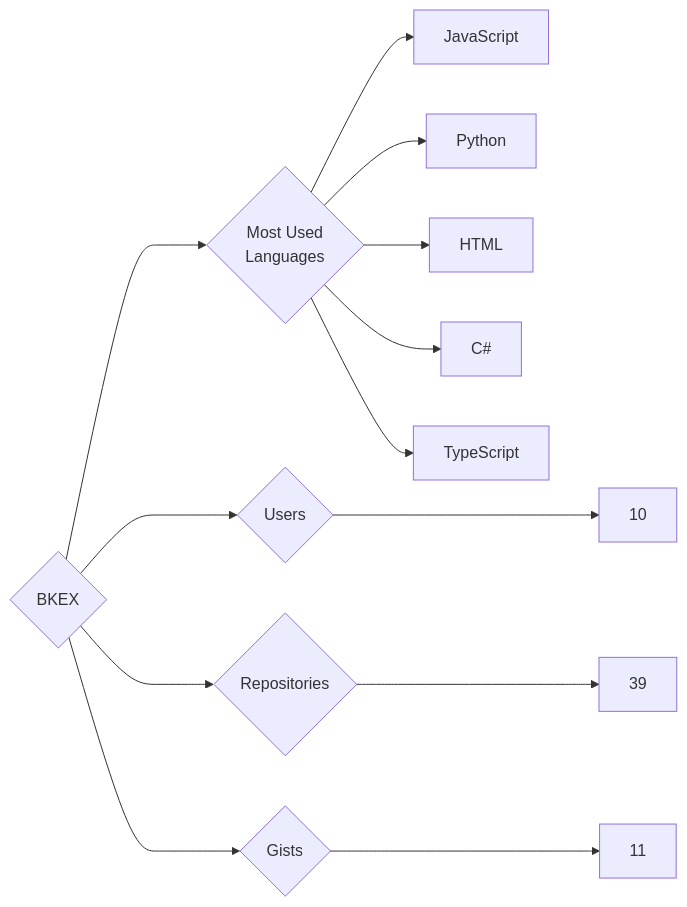
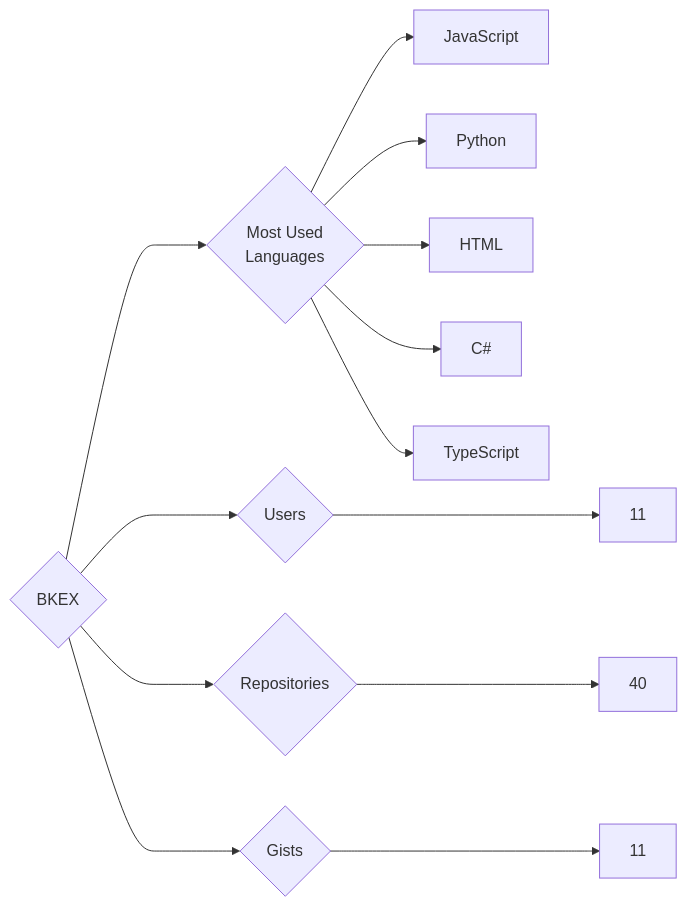
The diagram in targets/BKEX/README.md (trickest/insiders), drawn with Mermaid before and after one commit. The commit also changed 776 other files, not shown here.

````diff
--- a/targets/BKEX/README.md
+++ b/targets/BKEX/README.md
@@ -3,13 +3,13 @@
 ```mermaid
 graph LR
 COMPANY_NAME{BKEX}
-COMPANY_NAME ---> U{Users} ---> UN[10]
-COMPANY_NAME ---> R{Repositories} ---> RN[39]
+COMPANY_NAME ---> U{Users} ---> UN[11]
+COMPANY_NAME ---> R{Repositories} ---> RN[40]
 COMPANY_NAME ---> G{Gists} ---> GN[11]
 COMPANY_NAME ---> ML{Most Used<br>Languages}
 ML --> JavaScript[JavaScript]
 ML --> Python[Python]
 ML --> HTML[HTML]
 ML --> C#[C#]
 ML --> TypeScript[TypeScript]
 ```
````
